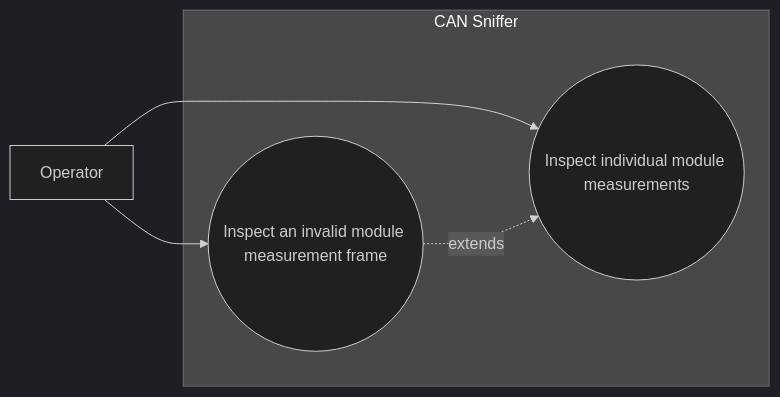
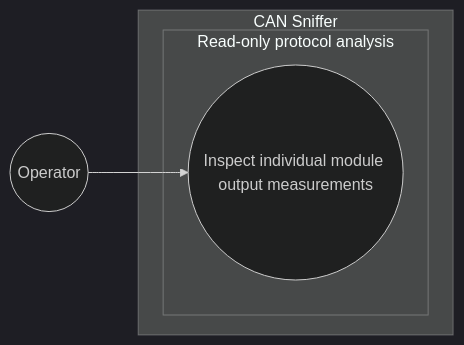
Before and after one commit to benoit-bremaud/can-sniffer: the diagram in docs/architecture/diagrams/module-measurements/01-use-case.md, drawn with Mermaid (dark theme). The commit also changed other lines of this file and 5 other files, not shown here.

Commit message:
docs(protocol): document individual module measurements

````diff
--- a/docs/architecture/diagrams/module-measurements/01-use-case.md
+++ b/docs/architecture/diagrams/module-measurements/01-use-case.md
@@ -10,11 +13,10 @@
 ```mermaid
 flowchart LR
-    Operator[Operator]
-    subgraph System[CAN Sniffer]
-        UC1((Inspect individual module measurements))
-        UC2((Inspect an invalid module measurement frame))
+    Operator(("Operator"))
+    subgraph System["CAN Sniffer"]
+        subgraph Decode["Read-only protocol analysis"]
+            UC1(("Inspect individual module output measurements"))
+        end
     end
     Operator --> UC1
-    Operator --> UC2
-    UC2 -. "extends" .-> UC1
 ```
````
